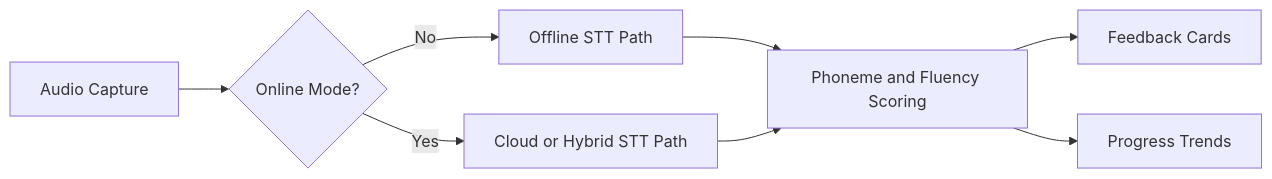
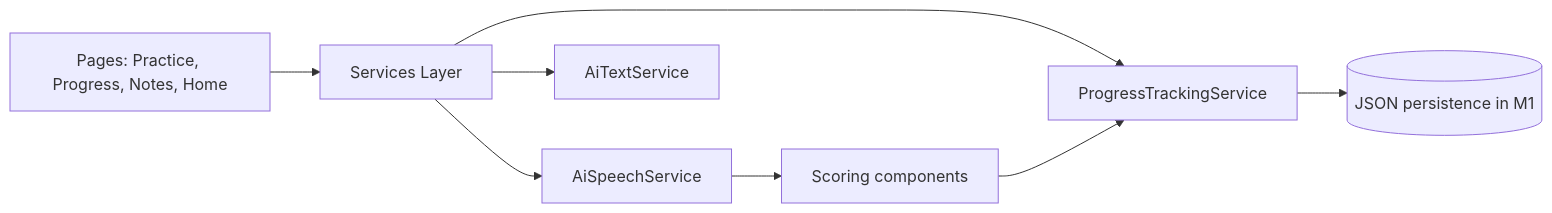
One commit to hkevin01/SpeechBuddyAI changed the third of 5 diagrams in README.md. Above: the diagram before and after it, drawn with Mermaid. The commit also changed other lines of this file and 10 other files, not shown here.

First line of the commit message:
Implement progress tracking and scoring features

````diff
--- a/README.md
+++ b/README.md
@@ -107,10 +150,10 @@
 ```mermaid
 flowchart LR
-   A[Audio Capture] --> B{Online Mode?}
-   B -->|No| C[Offline STT Path]
-   B -->|Yes| D[Cloud or Hybrid STT Path]
-   C --> E[Phoneme and Fluency Scoring]
-   D --> E
-   E --> F[Feedback Cards]
-   E --> G[Progress Trends]
+    A[Pages: Practice, Progress, Notes, Home] --> B[Services Layer]
+    B --> C[AiSpeechService]
+    B --> D[AiTextService]
+    B --> E[ProgressTrackingService]
+    E --> F[(JSON persistence in M1)]
+    C --> G[Scoring components]
+    G --> E
 ```
````
